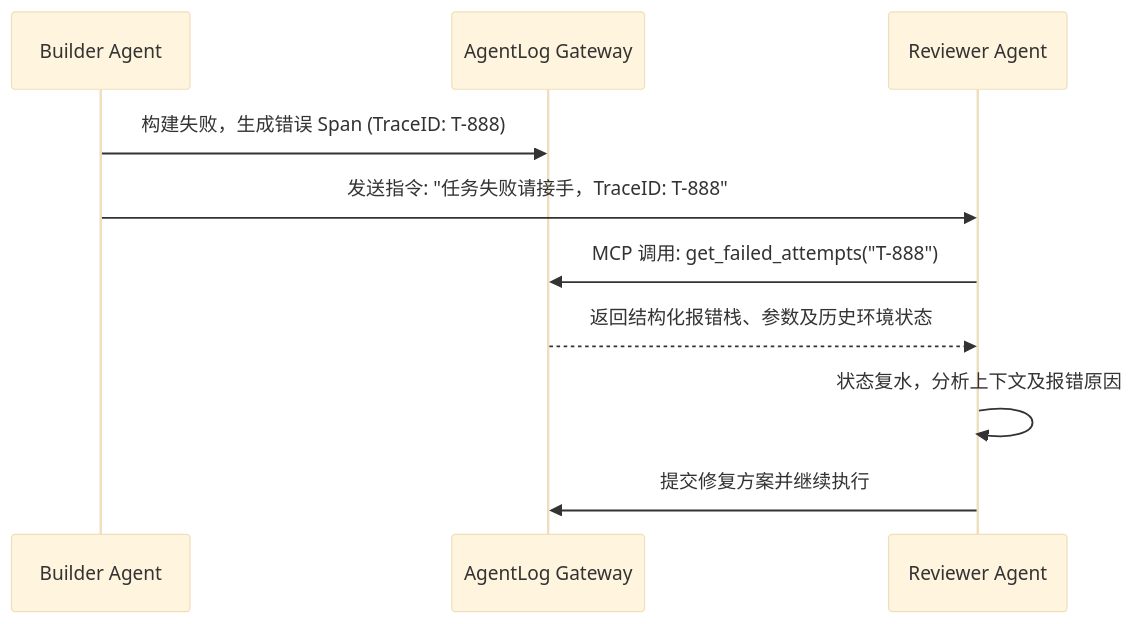
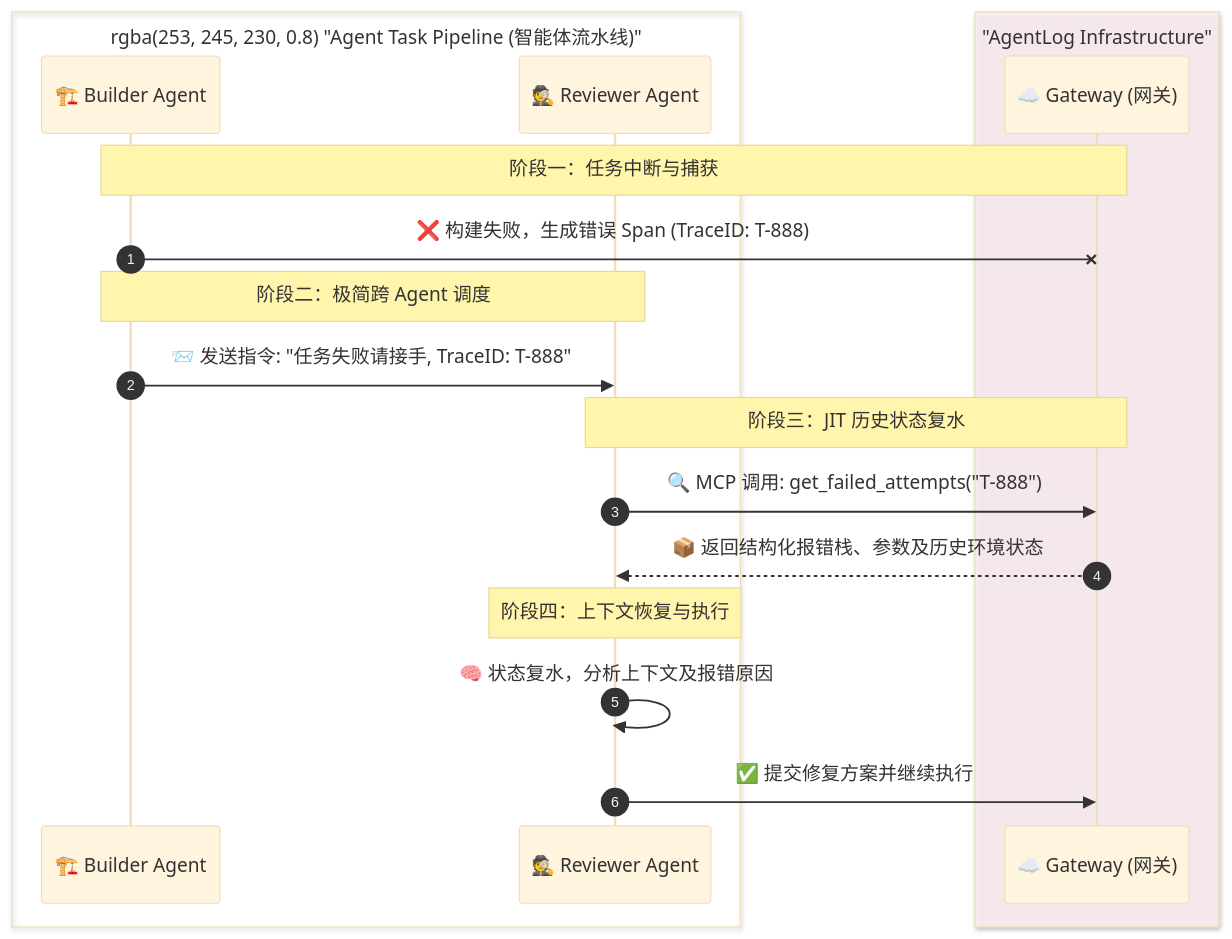
Before and after one commit to AgentLogLabs/AgentLogLabs.github.io: the diagram in agentlog-site/docs/phase1-tracing.md, drawn with Mermaid (base theme).

Commit message:
docs: beautify sequence diagrams with boxes, icons, and autonumbering

````diff
--- a/agentlog-site/docs/phase1-tracing.md
+++ b/agentlog-site/docs/phase1-tracing.md
@@ -33,13 +33,25 @@
 ```mermaid
 sequenceDiagram
-    participant Builder as Builder Agent
-    participant Gateway as AgentLog Gateway
-    participant Reviewer as Reviewer Agent
-    
-    Builder->>Gateway: 构建失败，生成错误 Span (TraceID: T-888)
-    Builder->>Reviewer: 发送指令: "任务失败请接手，TraceID: T-888"
-    Reviewer->>Gateway: MCP 调用: get_failed_attempts("T-888")
-    Gateway-->>Reviewer: 返回结构化报错栈、参数及历史环境状态
-    Reviewer->>Reviewer: 状态复水，分析上下文及报错原因
-    Reviewer->>Gateway: 提交修复方案并继续执行
+    autonumber
+    box rgba(253, 245, 230, 0.8) "Agent Task Pipeline (智能体流水线)"
+        participant Builder as 🏗️ Builder Agent
+        participant Reviewer as 🕵️ Reviewer Agent
+    end
+    box rgba(255, 240, 245, 0.8) "AgentLog Infrastructure"
+        participant Gateway as ☁️ Gateway (网关)
+    end
+
+    Note over Builder,Gateway: 阶段一：任务中断与捕获
+    Builder-xGateway: ❌ 构建失败，生成错误 Span (TraceID: T-888)
+
+    Note over Builder,Reviewer: 阶段二：极简跨 Agent 调度
+    Builder->>Reviewer: 📨 发送指令: "任务失败请接手, TraceID: T-888"
+
+    Note over Reviewer,Gateway: 阶段三：JIT 历史状态复水
+    Reviewer->>Gateway: 🔍 MCP 调用: get_failed_attempts("T-888")
+    Gateway-->>Reviewer: 📦 返回结构化报错栈、参数及历史环境状态
+
+    Note over Reviewer,Reviewer: 阶段四：上下文恢复与执行
+    Reviewer->>Reviewer: 🧠 状态复水，分析上下文及报错原因
+    Reviewer->>Gateway: ✅ 提交修复方案并继续执行
 ```
````
